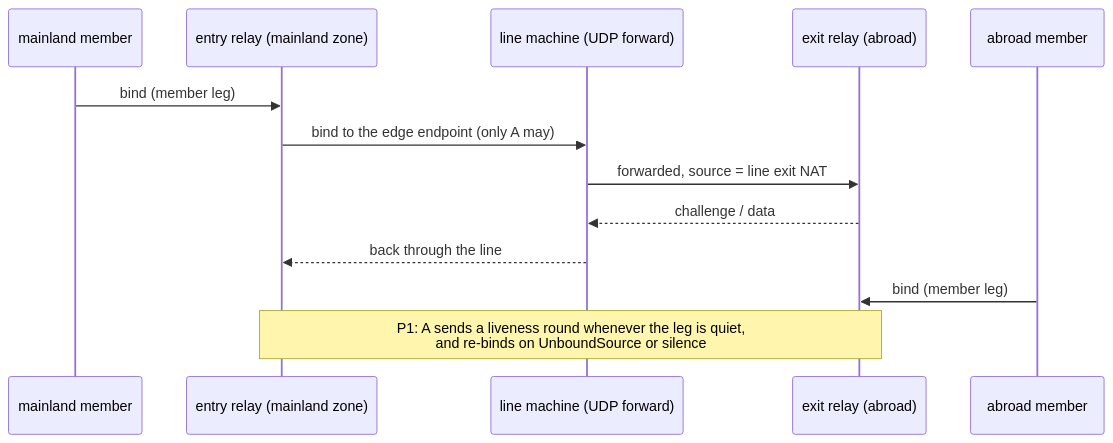
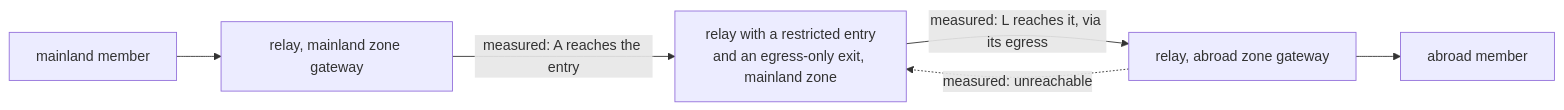
One commit to jk-zhang-meta/MeshHarbor changed the diagram in docs/fr/FR-125-a-one-way-line-carries-a-zone-path.md. Above: the diagram before and after it, drawn with Mermaid. The commit also changed other lines of this file, not shown here.

Commit message:
docs(fr-125): relays link freely, measured per direction; the zone is the only rule

````diff
--- a/docs/fr/FR-125-a-one-way-line-carries-a-zone-path.md
+++ b/docs/fr/FR-125-a-one-way-line-carries-a-zone-path.md
@@ -62,15 +75,8 @@
 ```mermaid
-sequenceDiagram
-    participant M as mainland member
-    participant A as entry relay (mainland zone)
-    participant L as line machine (UDP forward)
-    participant B as exit relay (abroad)
-    participant T as abroad member
-    M->>A: bind (member leg)
-    A->>L: bind to the edge endpoint (only A may)
-    L->>B: forwarded, source = line exit NAT
-    B-->>L: challenge / data
-    L-->>A: back through the line
-    T->>B: bind (member leg)
-    Note over A,B: P1: A sends a liveness round whenever the leg is quiet,<br/>and re-binds on UnboundSource or silence
+flowchart LR
+    M[mainland member] --> A[relay, mainland zone gateway]
+    A -->|measured: A reaches the entry| L[relay with a restricted entry<br/>and an egress-only exit, mainland zone]
+    L -->|measured: L reaches it, via its egress| B[relay, abroad zone gateway]
+    B --> T[abroad member]
+    B -.->|measured: unreachable| L
 ```
````
